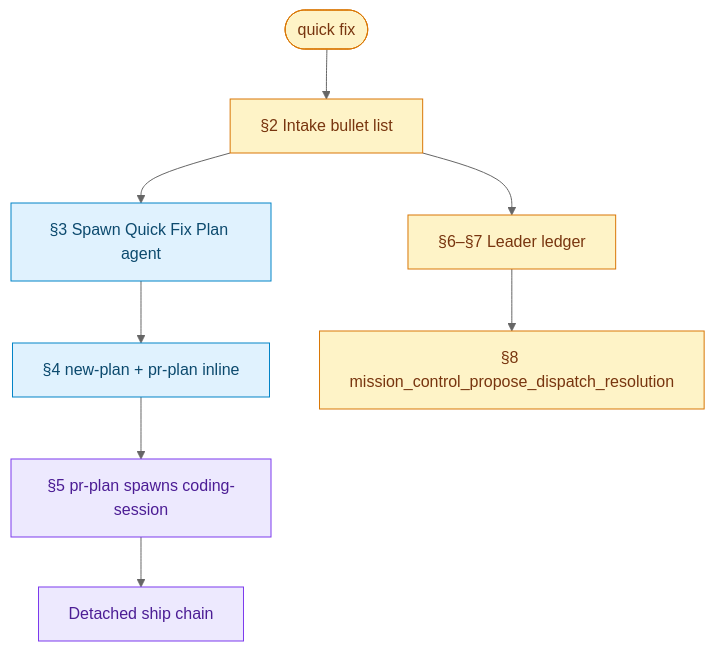
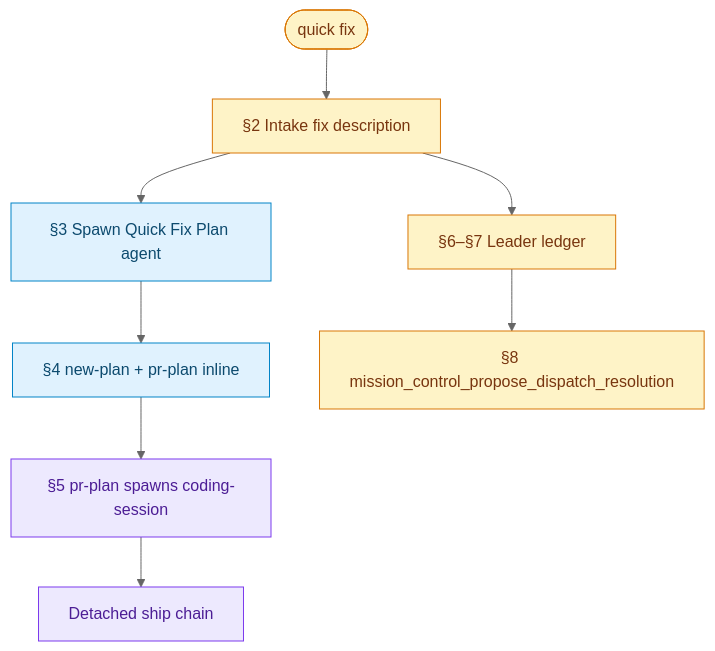
One commit to safebeat-sedea/research-and-development changed the diagram in missions/quick-fix/plan.mdc. Above: the diagram before and after it, drawn with Mermaid (neutral theme). The commit also changed other lines of this file and 2 other files, not shown here.

Commit message:
Drop provide-list from quick-fix intake options (#215)

````diff
--- a/missions/quick-fix/plan.mdc
+++ b/missions/quick-fix/plan.mdc
@@ -58,15 +59,15 @@
 ```mermaid
 flowchart TB
   classDef leader fill:#fef3c7,stroke:#d97706,color:#78350f
   classDef child fill:#e0f2fe,stroke:#0284c7,color:#0c4a6e
   classDef detached fill:#ede9fe,stroke:#7c3aed,color:#4c1d95
 
   CMD(["quick fix"]):::leader
-  CMD --> INT["§2 Intake bullet list"]:::leader
+  CMD --> INT["§2 Intake fix description"]:::leader
   INT --> CP["§3 Spawn Quick Fix Plan agent"]:::child
   CP --> NP["§4 new-plan + pr-plan inline"]:::child
   NP --> CS["§5 pr-plan spawns coding-session"]:::detached
   CS --> SHIP["Detached ship chain"]:::detached
   INT --> LED["§6–§7 Leader ledger"]:::leader
   LED --> RES["§8 mission_control_propose_dispatch_resolution"]:::leader
 ```
````
